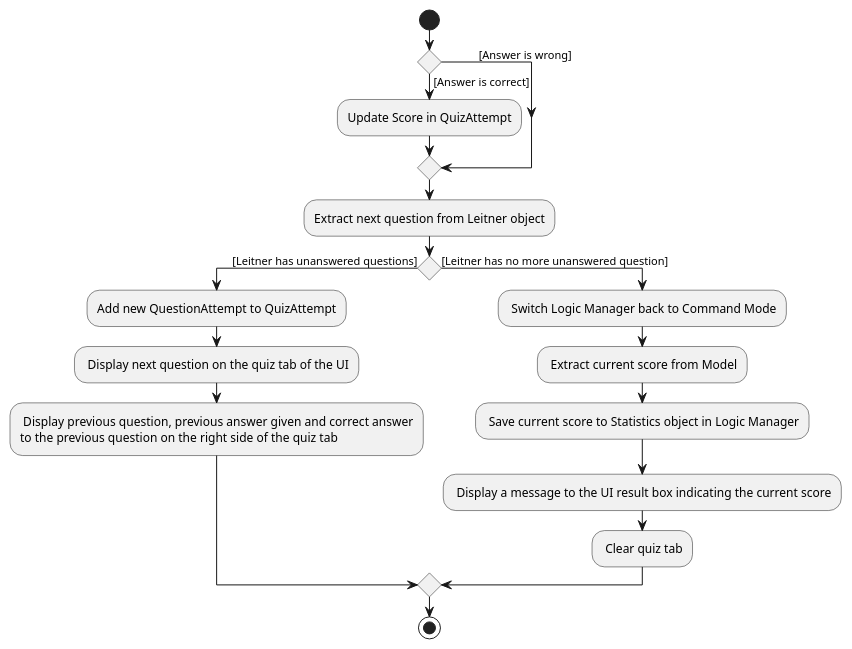
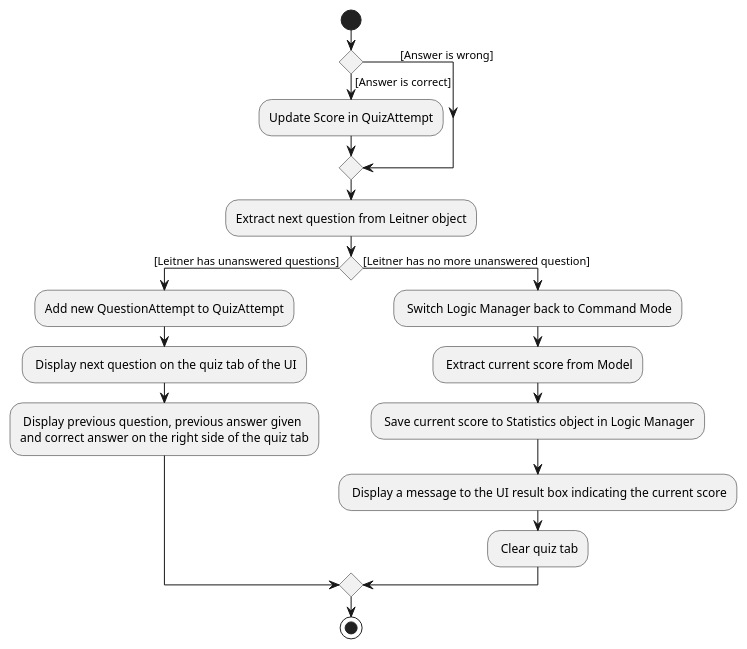
Before and after one commit to vigneshbhuvan-nus/tp: the diagram in docs/diagrams/AnswerCommandAcitivityDiagramTwo.puml, drawn with PlantUML. The commit also changed 12 other files, not shown here.

Commit message:
Shorten error messages in activity diagram

```diff
--- a/docs/diagrams/AnswerCommandAcitivityDiagramTwo.puml
+++ b/docs/diagrams/AnswerCommandAcitivityDiagramTwo.puml
@@ -1,21 +1,21 @@
 @startuml
 Start
 if() then ([Answer is correct])
 :Update Score in QuizAttempt;
 else(             [Answer is wrong])
 endif
 :Extract next question from Leitner object;
 if() then ([Leitner has unanswered questions])
         :Add new QuestionAttempt to QuizAttempt;
         : Display next question on the quiz tab of the UI;
-        : Display previous question, previous answer given and correct answer
-        to the previous question on the right side of the quiz tab;
+        : Display previous question, previous answer given
+        and correct answer on the right side of the quiz tab;
         else ([Leitner has no more unanswered question])
         : Switch Logic Manager back to Command Mode;
         : Extract current score from Model;
         : Save current score to Statistics object in Logic Manager;
         : Display a message to the UI result box indicating the current score;
         : Clear quiz tab;
         endif
 Stop
 @enduml
```
